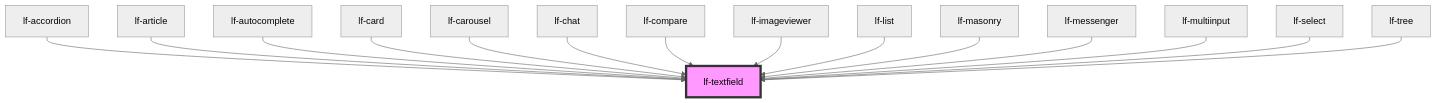
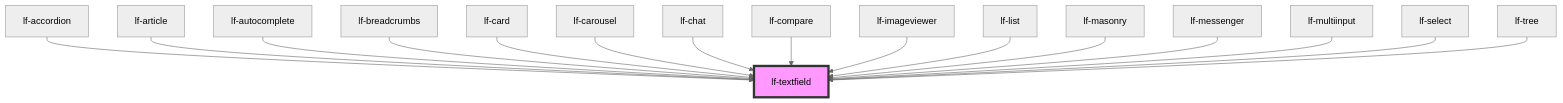
One commit to lucafoscili/lf-widgets changed the diagram in packages/core/src/components/lf-textfield/readme.md. Above: the diagram before and after it, drawn with Mermaid (neutral theme). The commit also changed other lines of this file and 17 other files, not shown here.

````diff
--- a/packages/core/src/components/lf-textfield/readme.md
+++ b/packages/core/src/components/lf-textfield/readme.md
@@ -189,18 +190,19 @@
 ```mermaid
 graph TD;
   lf-accordion --> lf-textfield
   lf-article --> lf-textfield
   lf-autocomplete --> lf-textfield
+  lf-breadcrumbs --> lf-textfield
   lf-card --> lf-textfield
   lf-carousel --> lf-textfield
   lf-chat --> lf-textfield
   lf-compare --> lf-textfield
   lf-imageviewer --> lf-textfield
   lf-list --> lf-textfield
   lf-masonry --> lf-textfield
   lf-messenger --> lf-textfield
   lf-multiinput --> lf-textfield
   lf-select --> lf-textfield
   lf-tree --> lf-textfield
   style lf-textfield fill:#f9f,stroke:#333,stroke-width:4px
 ```
````
